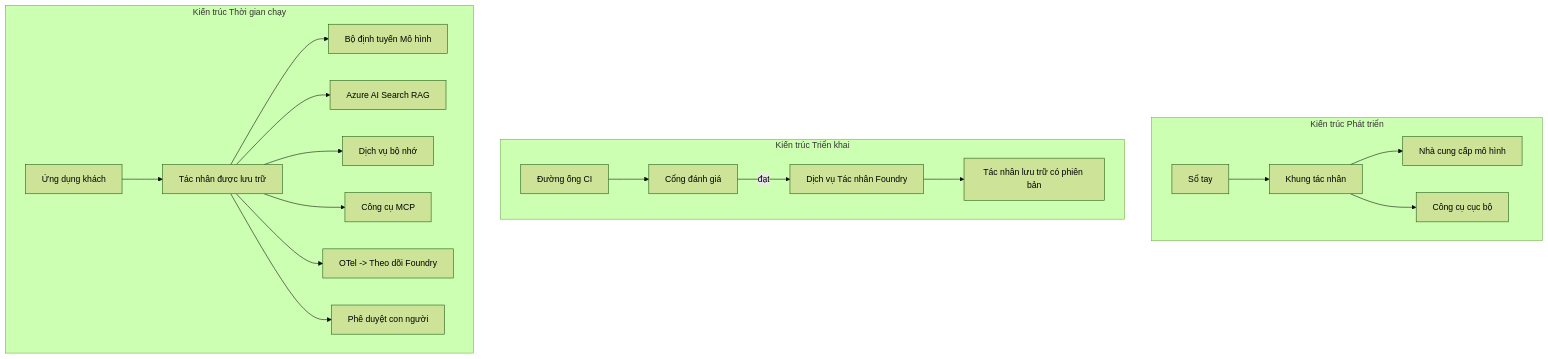
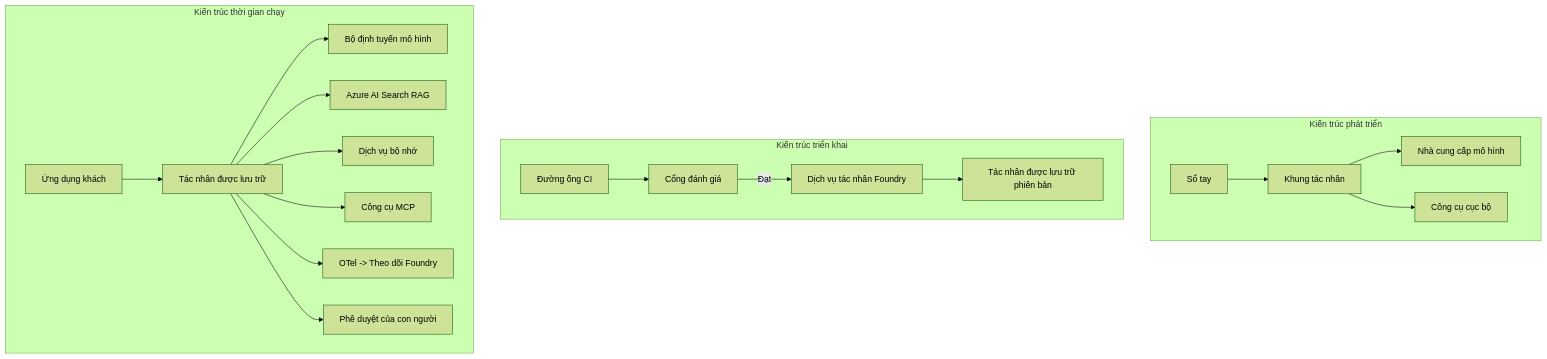
Before and after one commit to microsoft/ai-agents-for-beginners: the fourth of 4 diagrams in translations/vi/16-deploying-scalable-agents/README.md, drawn with Mermaid (forest theme). The commit also changed other lines of this file and 47 other files, not shown here.

````diff
--- a/translations/vi/16-deploying-scalable-agents/README.md
+++ b/translations/vi/16-deploying-scalable-agents/README.md
@@ -185,22 +185,22 @@
 ```mermaid
 flowchart TB
-    subgraph Dev[Kiến trúc Phát triển]
+    subgraph Dev[Kiến trúc phát triển]
         D1[Sổ tay] --> D2[Khung tác nhân]
         D2 --> D3[Nhà cung cấp mô hình]
         D2 --> D4[Công cụ cục bộ]
     end
-    subgraph Deploy[Kiến trúc Triển khai]
+    subgraph Deploy[Kiến trúc triển khai]
         E1[Đường ống CI] --> E2[Cổng đánh giá]
-        E2 -->|đạt| E3[Dịch vụ Tác nhân Foundry]
-        E3 --> E4[Tác nhân lưu trữ có phiên bản]
+        E2 -->|Đạt| E3[Dịch vụ tác nhân Foundry]
+        E3 --> E4[Tác nhân được lưu trữ phiên bản]
     end
-    subgraph Run[Kiến trúc Thời gian chạy]
+    subgraph Run[Kiến trúc thời gian chạy]
         F1[Ứng dụng khách] --> F2[Tác nhân được lưu trữ]
-        F2 --> F3[Bộ định tuyến Mô hình]
+        F2 --> F3[Bộ định tuyến mô hình]
         F2 --> F4[Azure AI Search RAG]
         F2 --> F5[Dịch vụ bộ nhớ]
         F2 --> F6[Công cụ MCP]
         F2 --> F7[OTel -> Theo dõi Foundry]
-        F2 --> F8[Phê duyệt con người]
+        F2 --> F8[Phê duyệt của con người]
     end
 ```
````
